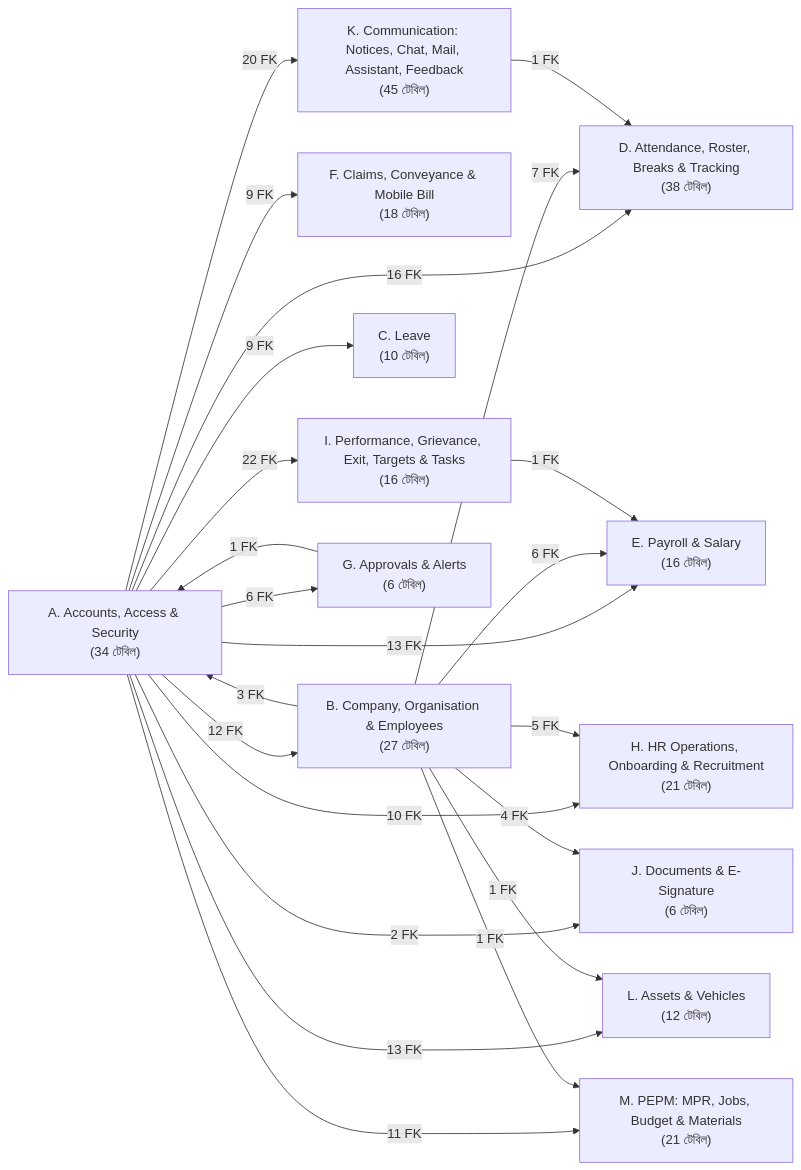
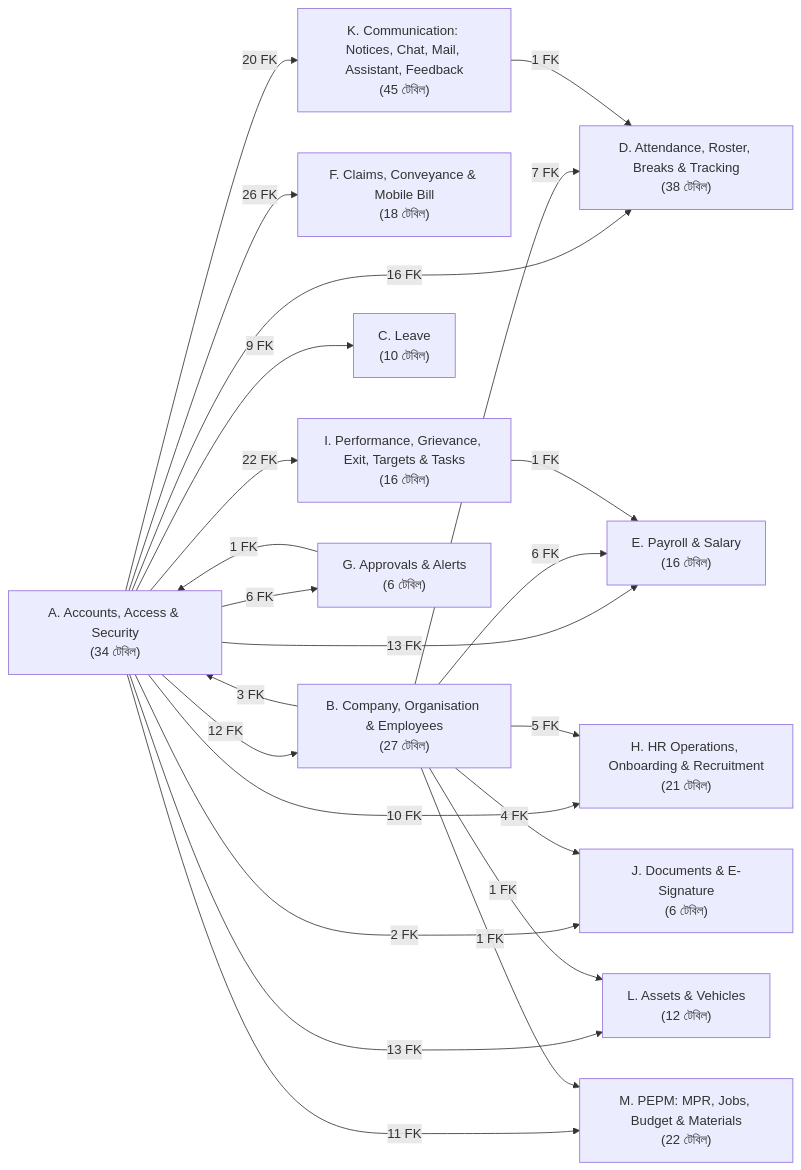
Before and after one commit to ruhulamencredence/CredenceHR: the diagram in docs/architecture/database/diagrams/00-module-map.mmd, drawn with Mermaid. The commit also changed 29 other files, not shown here.

```diff
--- a/docs/architecture/database/diagrams/00-module-map.mmd
+++ b/docs/architecture/database/diagrams/00-module-map.mmd
@@ -1,36 +1,36 @@
 flowchart LR
   K["K. Communication: Notices, Chat, Mail, Assistant, Feedback<br/>(45 টেবিল)"]
   H["H. HR Operations, Onboarding & Recruitment<br/>(21 টেবিল)"]
   D["D. Attendance, Roster, Breaks & Tracking<br/>(38 টেবিল)"]
   A["A. Accounts, Access & Security<br/>(34 টেবিল)"]
-  M["M. PEPM: MPR, Jobs, Budget & Materials<br/>(21 টেবিল)"]
+  M["M. PEPM: MPR, Jobs, Budget & Materials<br/>(22 টেবিল)"]
   F["F. Claims, Conveyance & Mobile Bill<br/>(18 টেবিল)"]
   B["B. Company, Organisation & Employees<br/>(27 টেবিল)"]
   C["C. Leave<br/>(10 টেবিল)"]
   L["L. Assets & Vehicles<br/>(12 টেবিল)"]
   J["J. Documents & E-Signature<br/>(6 টেবিল)"]
   E["E. Payroll & Salary<br/>(16 টেবিল)"]
   I["I. Performance, Grievance, Exit, Targets & Tasks<br/>(16 টেবিল)"]
   G["G. Approvals & Alerts<br/>(6 টেবিল)"]
   A -->|12 FK| B
   A -->|9 FK| C
   A -->|16 FK| D
   A -->|13 FK| E
-  A -->|9 FK| F
+  A -->|26 FK| F
   A -->|6 FK| G
   A -->|10 FK| H
   A -->|22 FK| I
   A -->|2 FK| J
   A -->|20 FK| K
   A -->|13 FK| L
   A -->|11 FK| M
   B -->|3 FK| A
   B -->|7 FK| D
   B -->|6 FK| E
   B -->|5 FK| H
   B -->|4 FK| J
   B -->|1 FK| L
   B -->|1 FK| M
   G -->|1 FK| A
   I -->|1 FK| E
   K -->|1 FK| D
```
